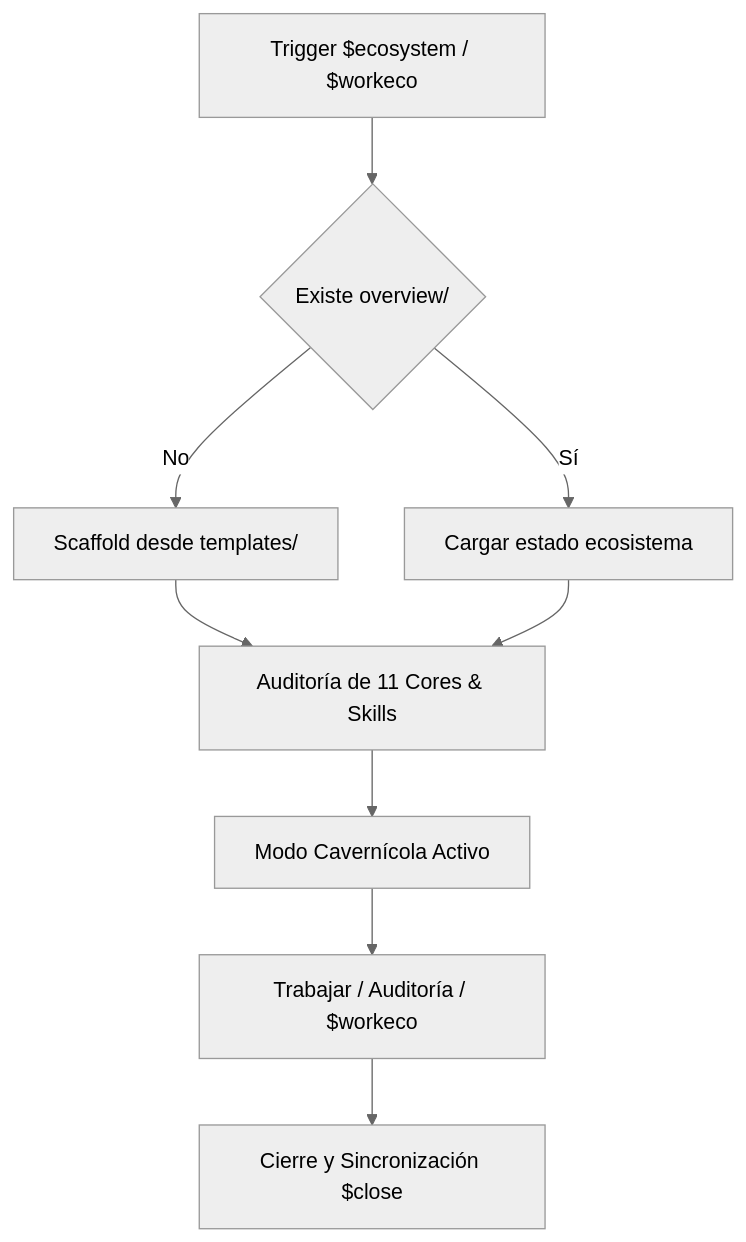
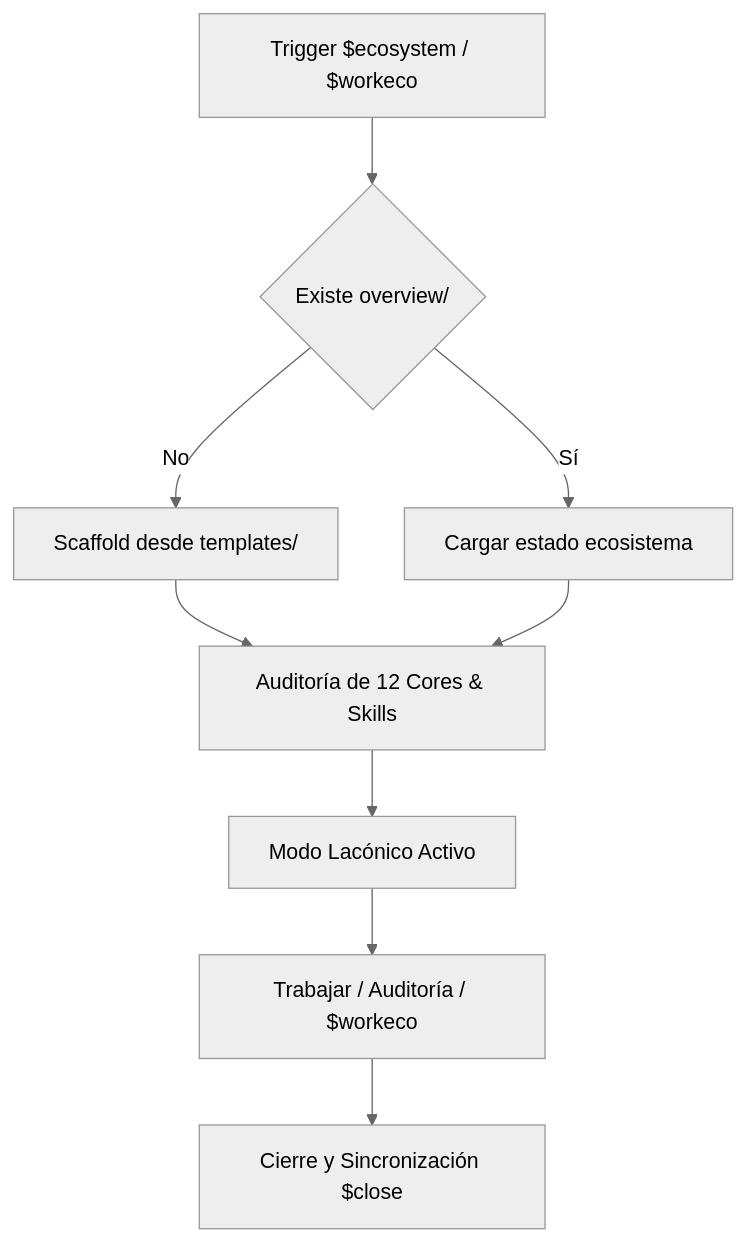
Before and after one commit to Agent-Rules-Ecosystem/agent-rules-ecosystem: the diagram in ecosystem-runner/core/brain.md, drawn with Mermaid (neutral theme). The commit also changed other lines of this file and 42 other files, not shown here.

````diff
--- a/ecosystem-runner/core/brain.md
+++ b/ecosystem-runner/core/brain.md
@@ -5,11 +5,11 @@
 ```mermaid
 graph TD
     A[Trigger $ecosystem / $workeco] --> B{Existe overview/}
     B -- No --> C[Scaffold desde templates/]
     B -- Sí --> D[Cargar estado ecosistema]
-    C --> E[Auditoría de 11 Cores & Skills]
+    C --> E[Auditoría de 12 Cores & Skills]
     D --> E
-    E --> F[Modo Cavernícola Activo]
+    E --> F[Modo Lacónico Activo]
     F --> G[Trabajar / Auditoría / $workeco]
     G --> H[Cierre y Sincronización $close]
 ```
````
